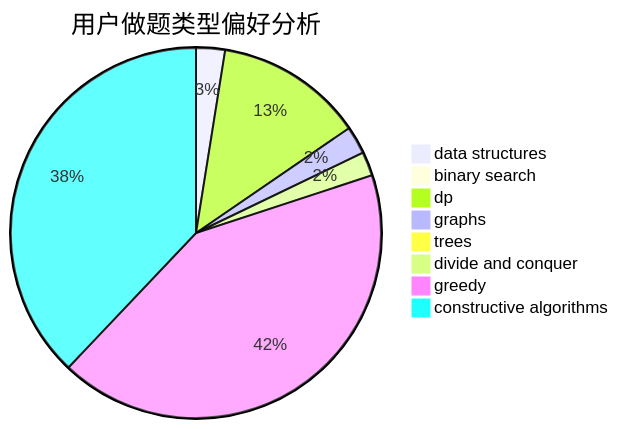
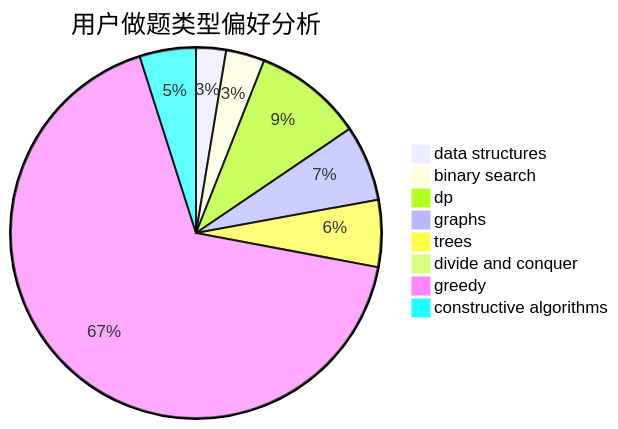
Before and after one commit to sherpahu/cfrs.github.io: the second of 3 diagrams in docs/user/u1287.md, drawn with Mermaid. The commit also changed other lines of this file and 2770 other files, not shown here.

````diff
--- a/docs/user/u1287.md
+++ b/docs/user/u1287.md
@@ -23,11 +23,11 @@
 ```mermaid
 pie title 用户做题类型偏好分析
-    "data structures" :  24
-    "binary search" :  5
-    "dp" :  123
-    "graphs" :  23
-    "trees" :  0
-    "divide and conquer" :  20
-    "greedy" :  401
-    "constructive algorithms" :  361
+    "data structures" :  17
+    "binary search" :  22
+    "dp" :  62
+    "graphs" :  43
+    "trees" :  38
+    "divide and conquer" :  2
+    "greedy" :  437
+    "constructive algorithms" :  32
 ```
````
